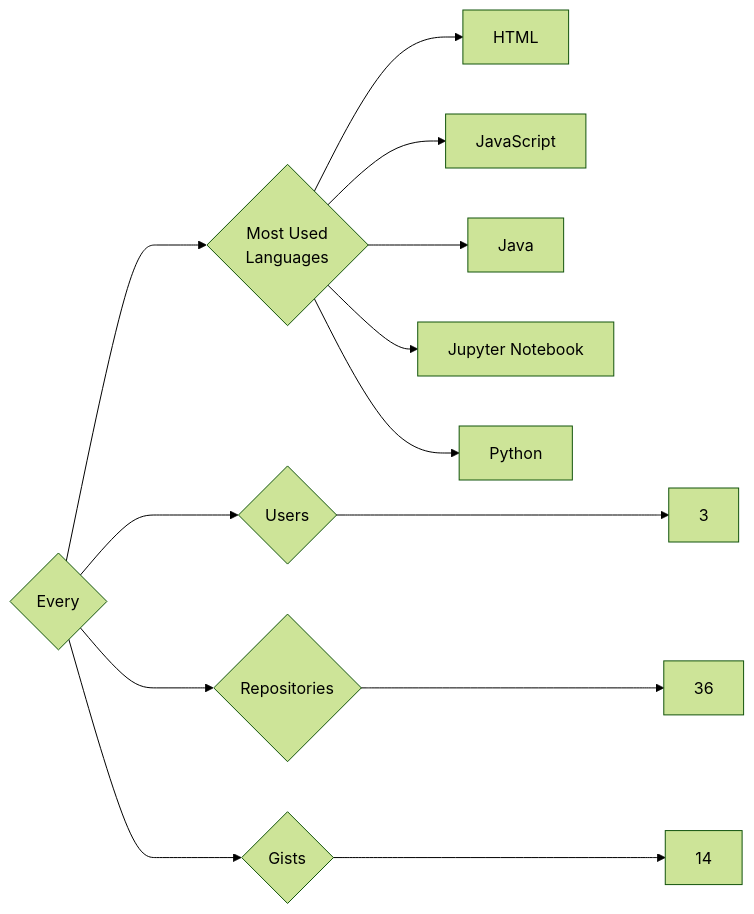
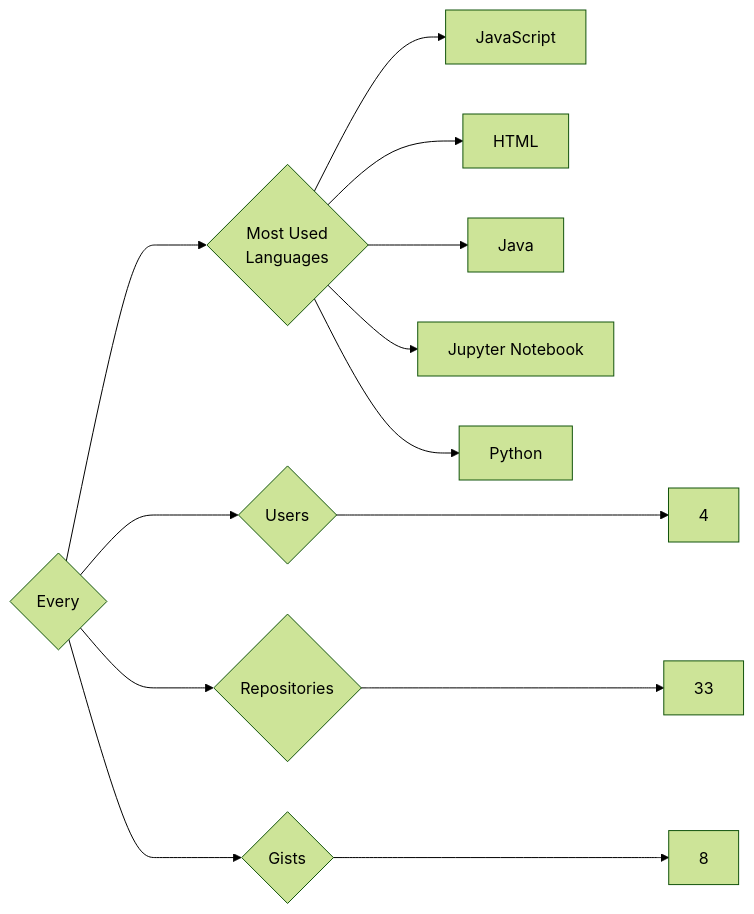
The diagram in targets/Every/README.md (trickest/insiders), drawn with Mermaid (forest theme) before and after one commit. The commit also changed 1036 other files, not shown here.

````diff
--- a/targets/Every/README.md
+++ b/targets/Every/README.md
@@ -3,13 +3,13 @@
 ```mermaid
 graph LR
 COMPANY_NAME{Every}
-COMPANY_NAME ---> U{Users} ---> UN[3]
-COMPANY_NAME ---> R{Repositories} ---> RN[36]
-COMPANY_NAME ---> G{Gists} ---> GN[14]
+COMPANY_NAME ---> U{Users} ---> UN[4]
+COMPANY_NAME ---> R{Repositories} ---> RN[33]
+COMPANY_NAME ---> G{Gists} ---> GN[8]
 COMPANY_NAME ---> ML{Most Used<br>Languages}
+ML --> JavaScript[JavaScript]
 ML --> HTML[HTML]
-ML --> JavaScript[JavaScript]
 ML --> Java[Java]
 ML --> Jupyter_Notebook[Jupyter Notebook]
 ML --> Python[Python]
 ```
````
